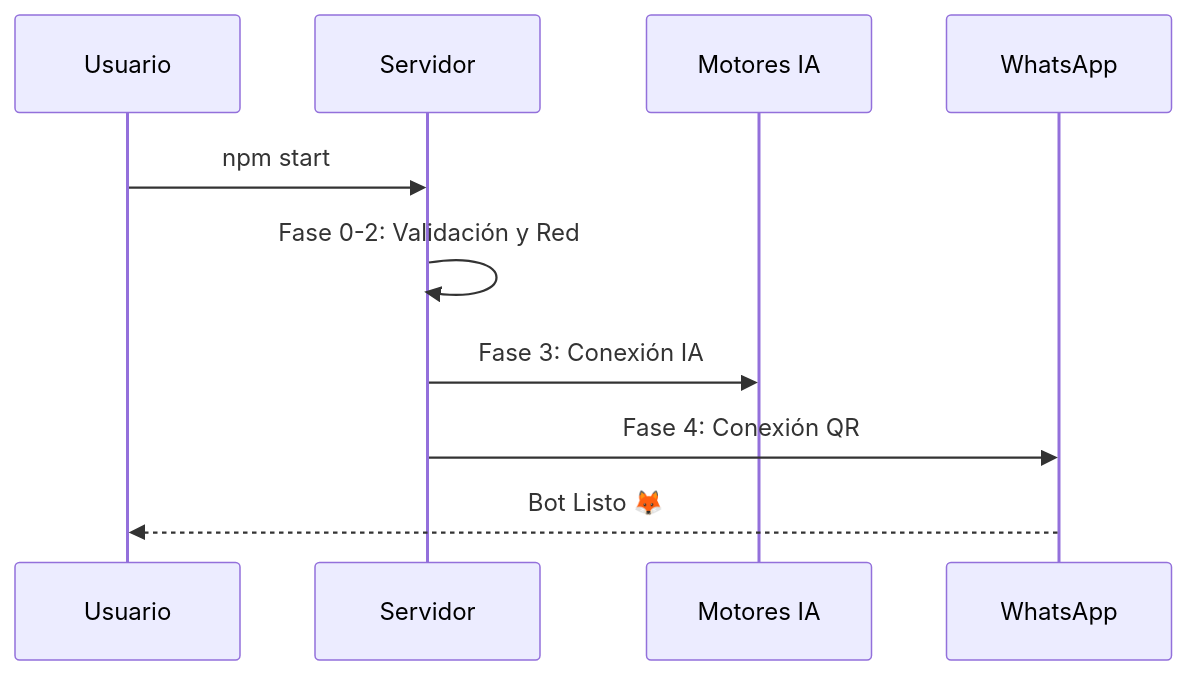
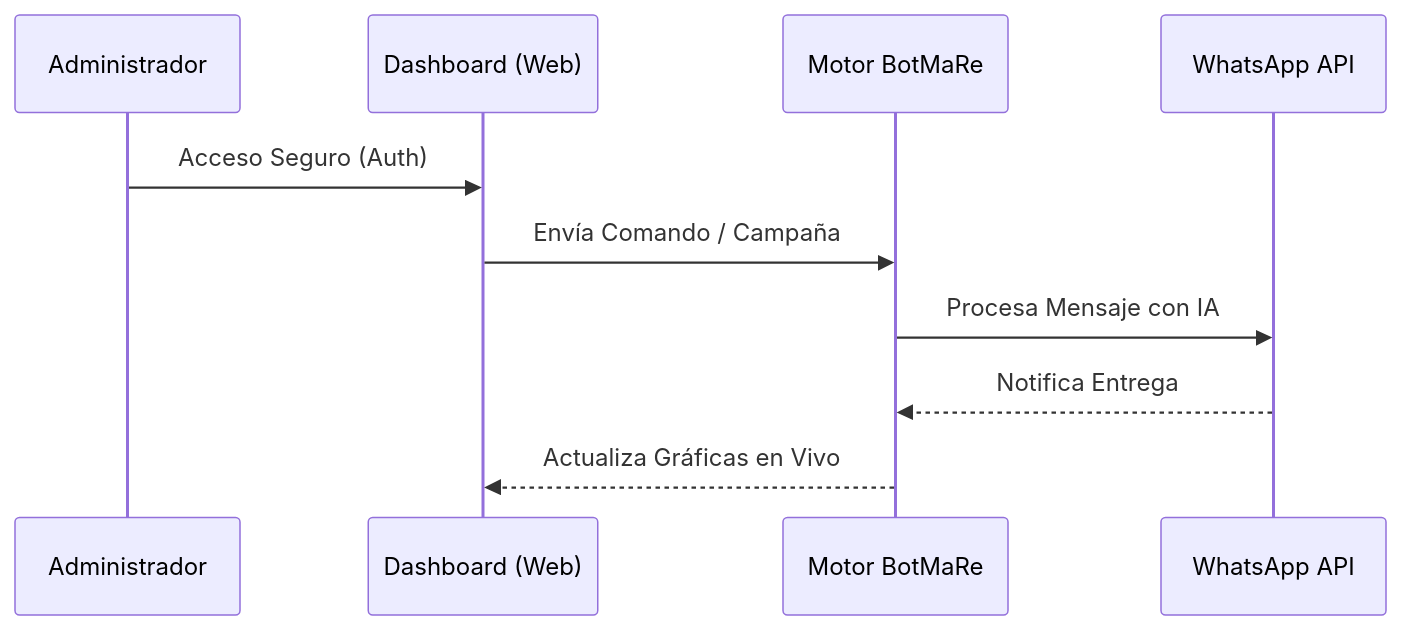
Before and after one commit to LedezmaSune/BotMaRe: the second of 2 diagrams in README.md, drawn with Mermaid. The commit also changed other lines of this file, not shown here.

````diff
--- a/README.md
+++ b/README.md
@@ -63,13 +71,13 @@
 ```mermaid
 sequenceDiagram
-    participant U as Usuario
-    participant S as Servidor
-    participant IA as Motores IA
-    participant WA as WhatsApp
-
-    U->>S: npm start
-    S->>S: Fase 0-2: Validación y Red
-    S->>IA: Fase 3: Conexión IA
-    S->>WA: Fase 4: Conexión QR
-    WA-->>U: Bot Listo 🦊
+    participant U as Administrador
+    participant D as Dashboard (Web)
+    participant M as Motor BotMaRe
+    participant WA as WhatsApp API
+    
+    U->>D: Acceso Seguro (Auth)
+    D->>M: Envía Comando / Campaña
+    M->>WA: Procesa Mensaje con IA
+    WA-->>M: Notifica Entrega
+    M-->>D: Actualiza Gráficas en Vivo
 ```
````
